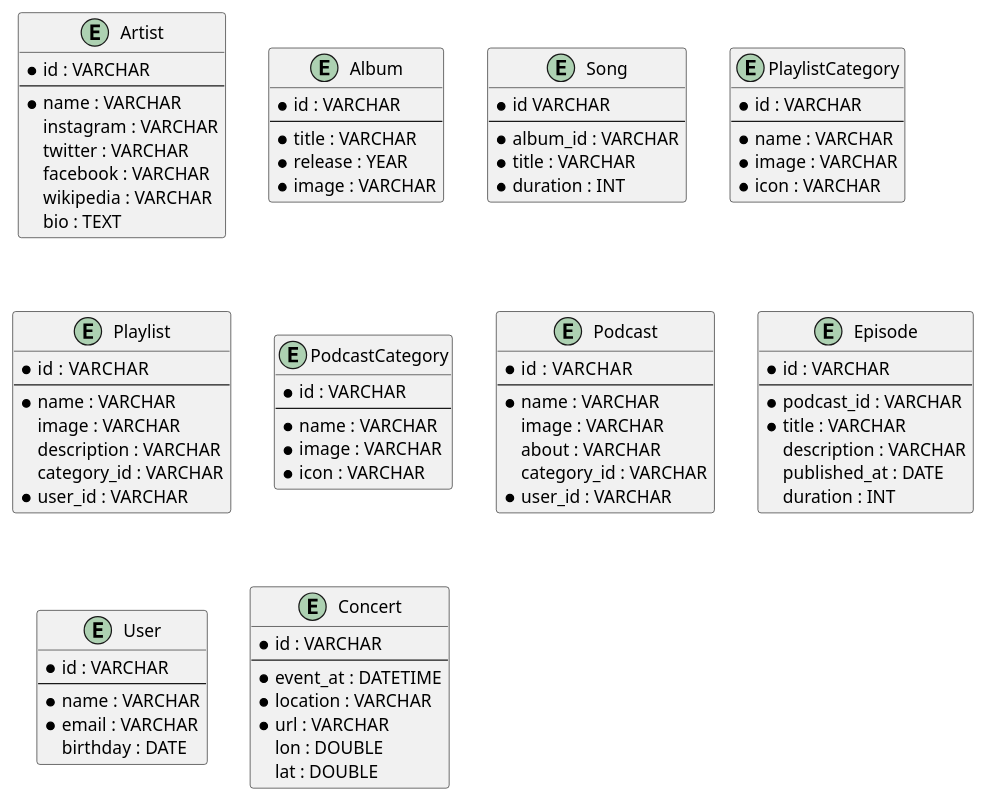
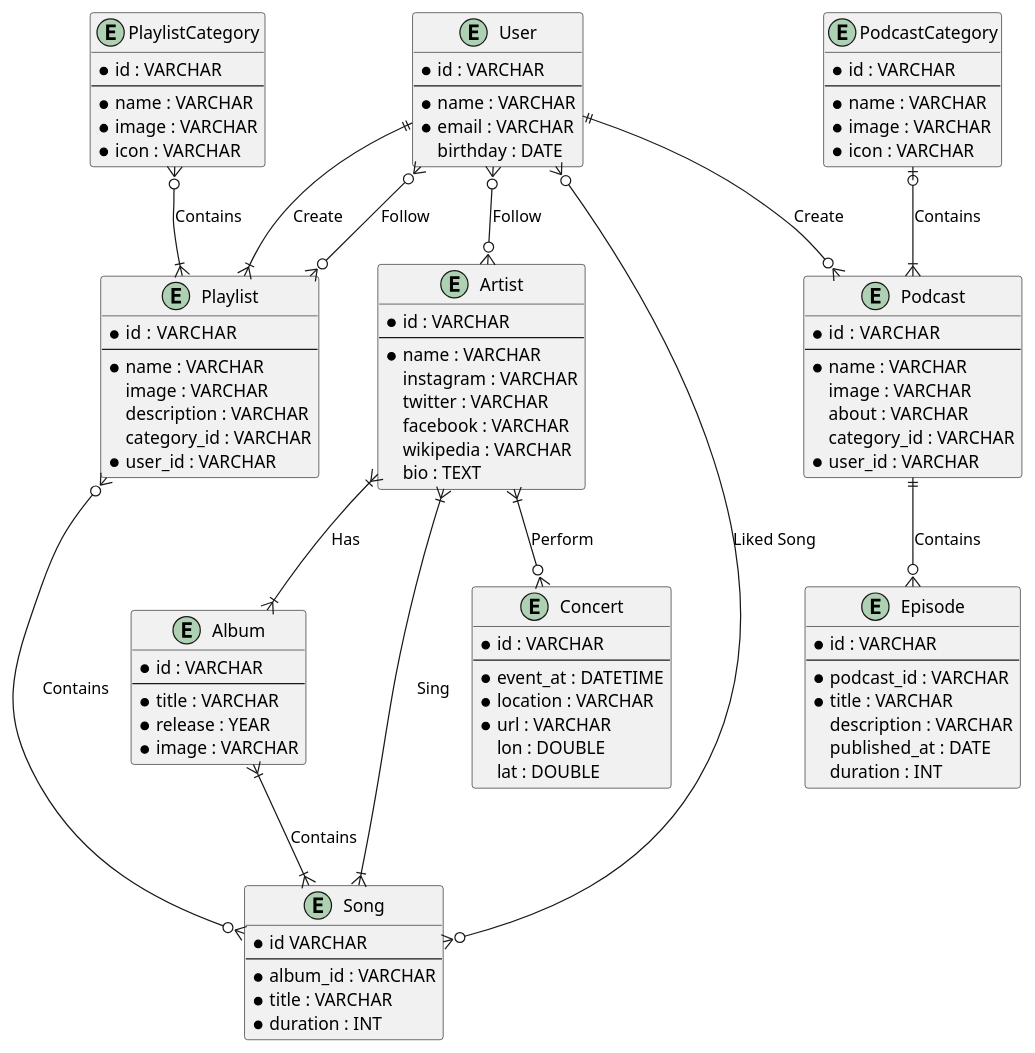
Before and after one commit to hidayahapriliansyah/belajar-db-design-spotify-cloning-pzn: the diagram in PlantUML/spotify.puml, drawn with PlantUML.

Commit message:
menentukan relasi dan informasi relasi

```diff
--- a/PlantUML/spotify.puml
+++ b/PlantUML/spotify.puml
@@ -1,92 +1,107 @@
 @startuml SpotifyDatabaseDesign
 entity Artist {
   * id : VARCHAR
   --
   * name : VARCHAR
   instagram : VARCHAR
   twitter : VARCHAR
   facebook : VARCHAR
   wikipedia : VARCHAR
   bio : TEXT
 }
 
 entity Album {
   * id : VARCHAR 
   --
   * title : VARCHAR
   * release : YEAR
   * image : VARCHAR
 }
 
 entity Song {
   * id VARCHAR 
   --
   * album_id : VARCHAR
   * title : VARCHAR
   * duration : INT
 }
 
 entity PlaylistCategory {
   * id : VARCHAR
   --
   * name : VARCHAR 
   * image : VARCHAR
   * icon : VARCHAR
 }
 
 entity Playlist {
   * id :  VARCHAR
   --
   * name : VARCHAR
   image : VARCHAR
   description : VARCHAR
   category_id : VARCHAR
   * user_id : VARCHAR
 }
 
 entity PodcastCategory {
   * id : VARCHAR
   --
   * name : VARCHAR 
   * image : VARCHAR
   * icon : VARCHAR
 }
 
 entity Podcast {
   * id :  VARCHAR
   --
   * name : VARCHAR
   image : VARCHAR
   about : VARCHAR
   category_id : VARCHAR
   * user_id : VARCHAR
 }
 
 entity Episode {
   * id : VARCHAR
   --
   * podcast_id : VARCHAR
   * title : VARCHAR 
   description : VARCHAR
   published_at : DATE
   duration : INT
 }
 
 entity User {
   * id : VARCHAR
   --
   * name : VARCHAR
   * email : VARCHAR
   birthday : DATE
 }
 
 entity Concert {
   * id : VARCHAR
   --
   * event_at : DATETIME
   * location : VARCHAR
   * url : VARCHAR
   lon : DOUBLE
   lat : DOUBLE
 }
+
+
+Artist }|--|{ Album : Has
+Album }|--|{ Song : Contains
+Artist }|--|{ Song : Sing
+PlaylistCategory }o--|{ Playlist : Contains
+User ||--|{ Playlist : Create
+Playlist }o--o{ Song : Contains
+PodcastCategory |o--|{ Podcast : Contains
+User ||--o{ Podcast : Create
+Podcast ||--o{ Episode : Contains
+Artist }|--o{ Concert : Perform
+User }o--o{ Artist : Follow
+User }o--o{ Song : Liked Song
+User }o--o{ Playlist : Follow
 @enduml
```
